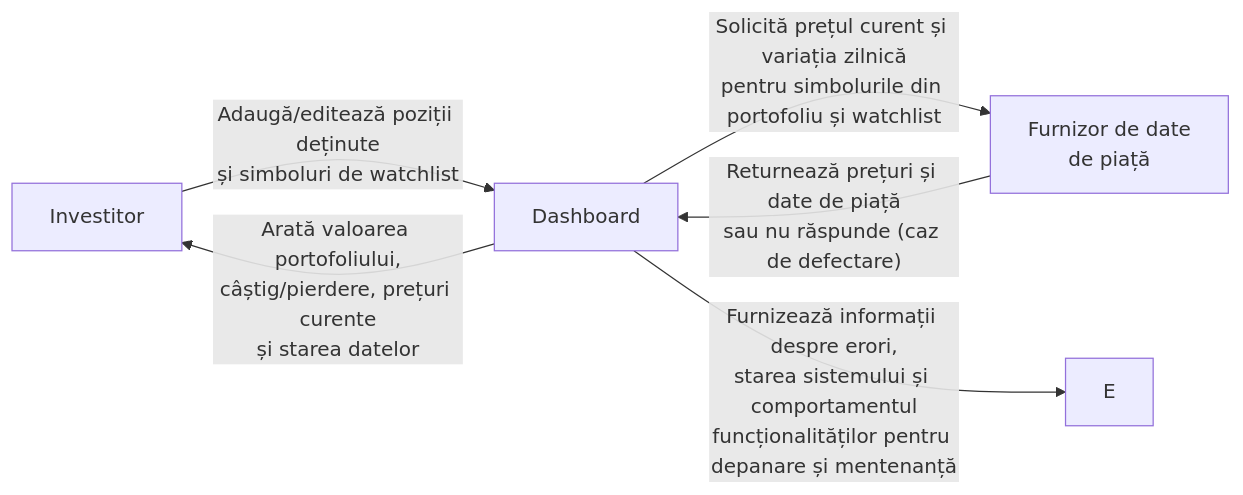
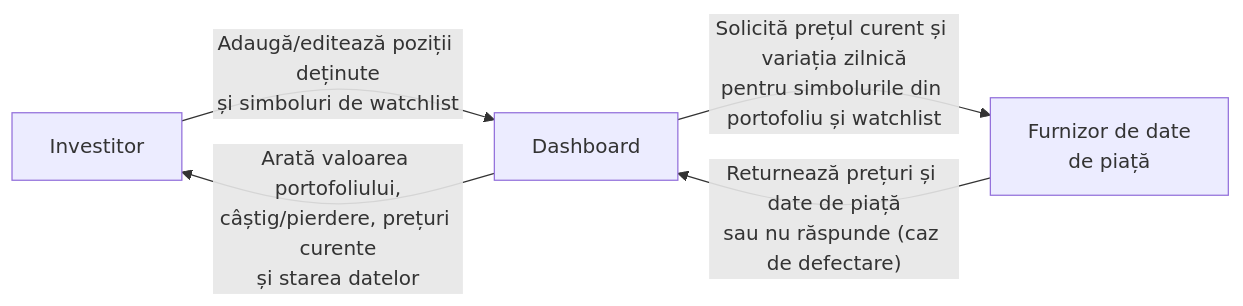
One commit to DucaAleXD/Proiectarea-sistemelor-informatice changed the diagram in lab1/solution.md. Above: the diagram before and after it, drawn with Mermaid.

Commit message:
Actualizare

````diff
--- a/lab1/solution.md
+++ b/lab1/solution.md
@@ -144,16 +144,15 @@
 ```mermaid
 flowchart LR
     I["Investitor"]
     D["Dashboard"]
     F["Furnizor de date<br/>de piață"]
 
     I -->|"Adaugă/editează poziții deținute<br/>și simboluri de watchlist"| D
 
     D -->|"Arată valoarea portofoliului,<br/>câștig/pierdere, prețuri curente<br/>și starea datelor"| I
 
     D -->|"Solicită prețul curent și variația zilnică<br/>pentru simbolurile din portofoliu și watchlist"| F
 
     F -->|"Returnează prețuri și date de piață<br/>sau nu răspunde (caz de defectare)"| D
 
-    D -->|"Furnizează informații despre erori,<br/>starea sistemului și comportamentul<br/>funcționalităților pentru depanare și mentenanță"| E
 ```
````
